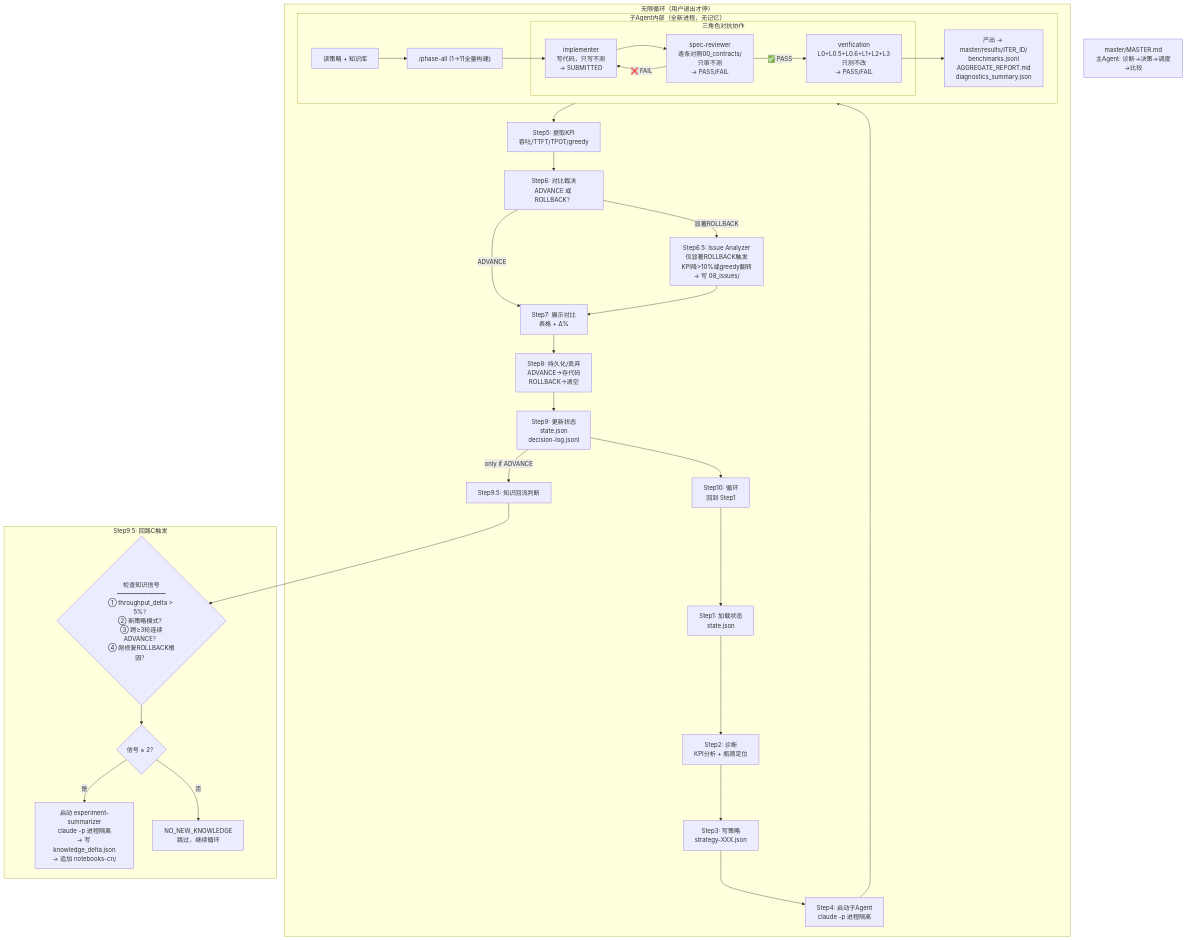
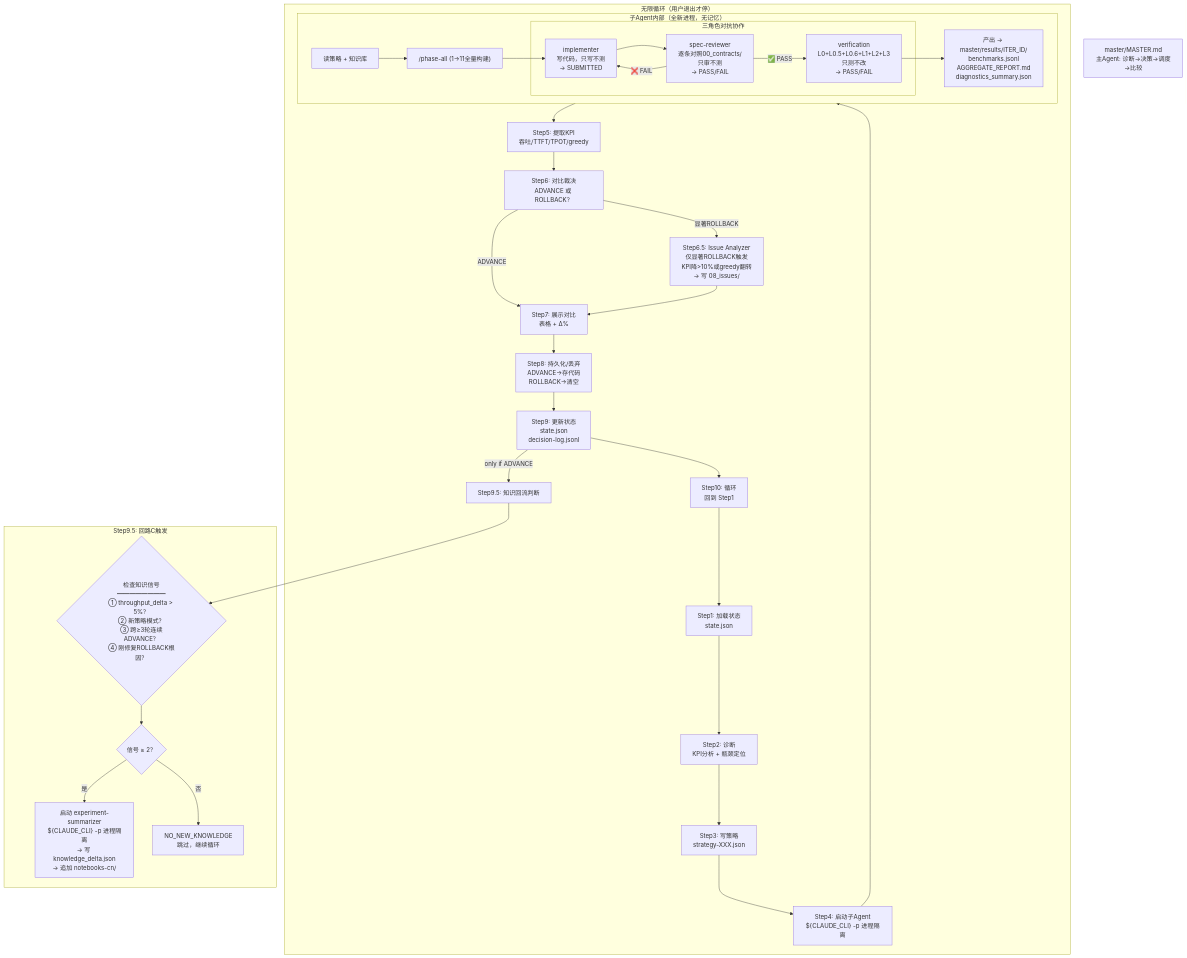
One commit to MetaInfer/MetaInfer changed the third of 10 diagrams in PROJECT_FLOW_MERMAID.md. Above: the diagram before and after it, drawn with Mermaid. The commit also changed other lines of this file and 56 other files, not shown here.

````diff
--- a/PROJECT_FLOW_MERMAID.md
+++ b/PROJECT_FLOW_MERMAID.md
@@ -114,62 +114,62 @@
 ```mermaid
 flowchart TD
     MASTER["master/MASTER.md<br/>主Agent: 诊断→决策→调度→比较"]
     
     subgraph LOOP["无限循环（用户退出才停）"]
         S1["Step1: 加载状态<br/>state.json"]
         S2["Step2: 诊断<br/>KPI分析 + 瓶颈定位"]
         S3["Step3: 写策略<br/>strategy-XXX.json"]
-        S4["Step4: 启动子Agent<br/>claude -p 进程隔离"]
+        S4["Step4: 启动子Agent<br/>${CLAUDE_CLI} -p 进程隔离"]
         
         subgraph SUBAGENT["子Agent内部（全新进程，无记忆）"]
             READ["读策略 + 知识库"]
             PHASE_ALL["/phase-all (1→11全量构建)"]
             
             subgraph TRIAD["三角色对抗协作"]
                 IMPL["implementer<br/>写代码，只写不测<br/>→ SUBMITTED"]
                 SPEC["spec-reviewer<br/>逐条对照00_contracts/<br/>只审不测<br/>→ PASS/FAIL"]
                 VERIF["verification<br/>L0+L0.5+L0.6+L1+L2+L3<br/>只测不改<br/>→ PASS/FAIL"]
             end
             
             OUTPUT["产出 → master/results/ITER_ID/<br/>benchmarks.jsonl<br/>AGGREGATE_REPORT.md<br/>diagnostics_summary.json"]
             
             READ --> PHASE_ALL
             PHASE_ALL --> IMPL
             IMPL --> SPEC
             SPEC -->|"✅ PASS"| VERIF
             SPEC -->|"❌ FAIL"| IMPL
             VERIF --> OUTPUT
         end
         
         S5["Step5: 提取KPI<br/>吞吐/TTFT/TPOT/greedy"]
         S6["Step6: 对比裁决<br/>ADVANCE 或 ROLLBACK？"]
         S65["Step6.5: Issue Analyzer<br/>仅显著ROLLBACK触发<br/>KPI降>10%或greedy翻转<br/>→ 写 08_issues/"]
         S7["Step7: 展示对比<br/>表格 + Δ%"]
         S8["Step8: 持久化/丢弃<br/>ADVANCE→存代码<br/>ROLLBACK→清空"]
         S9["Step9: 更新状态<br/>state.json<br/>decision-log.jsonl"]
         S10["Step10: 循环<br/>回到 Step1"]
         
         S1 --> S2 --> S3 --> S4
         S4 --> SUBAGENT
         SUBAGENT --> S5 --> S6
         S6 -->|"ADVANCE"| S7
         S6 -->|"显著ROLLBACK"| S65
         S65 --> S7
         S7 --> S8 --> S9
         
         S9 -->|"only if ADVANCE"| S95
         S9 --> S10 --> S1
     end
     
     subgraph CIRCUIT_C["Step9.5: 回路C触发"]
         SIGNAL_CHECK{"检查知识信号<br/>━━━━━━━━<br/>① throughput_delta > 5%？<br/>② 新策略模式？<br/>③ 跨≥3轮连续ADVANCE？<br/>④ 刚修复ROLLBACK根因？"}
         SIGNAL_COUNT{"信号 ≥ 2？"}
-        LAUNCH_C["启动 experiment-summarizer<br/>claude -p 进程隔离<br/>→ 写 knowledge_delta.json<br/>→ 追加 notebooks-cn/"]
+        LAUNCH_C["启动 experiment-summarizer<br/>${CLAUDE_CLI} -p 进程隔离<br/>→ 写 knowledge_delta.json<br/>→ 追加 notebooks-cn/"]
         SKIP_C["NO_NEW_KNOWLEDGE<br/>跳过，继续循环"]
     end
     
     S95["Step9.5: 知识回流判断"] --> SIGNAL_CHECK
     SIGNAL_CHECK --> SIGNAL_COUNT
     SIGNAL_COUNT -->|"是"| LAUNCH_C
     SIGNAL_COUNT -->|"否"| SKIP_C
 ```
````
